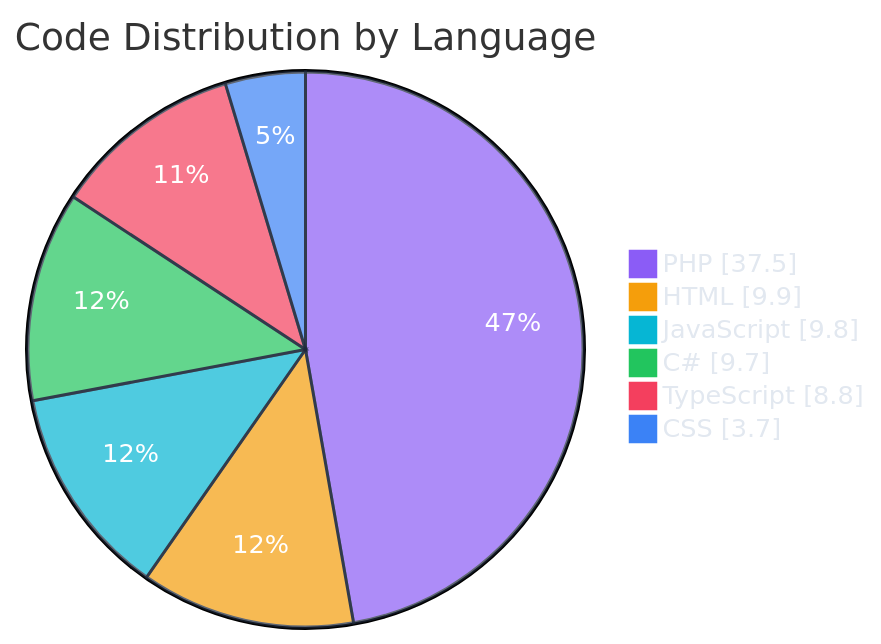
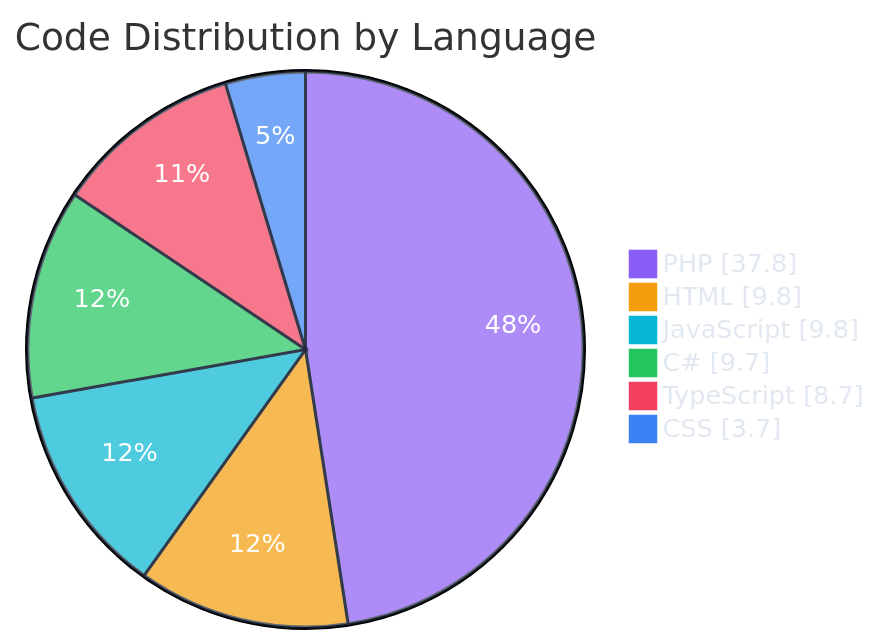
One commit to polo-nyan/polo-nyan changed the second of 7 diagrams in README.md. Above: the diagram before and after it, drawn with Mermaid. The commit also changed other lines of this file and 1 other file, not shown here.

````diff
--- a/README.md
+++ b/README.md
@@ -182,11 +182,11 @@
 ```mermaid
 %%{init: {"theme": "base", "themeVariables": { "pie1": "#8b5cf6", "pie2": "#f59e0b", "pie3": "#06b6d4", "pie4": "#22c55e", "pie5": "#f43f5e", "pie6": "#3b82f6", "pie7": "#ec4899", "pieTextColor": "#ffffff", "pieLegendTextColor": "#e2e8f0", "pieSectionTextColor": "#ffffff", "pieStrokeColor": "#1e293b" }}}%%
 pie showData
     title Code Distribution by Language
-    "PHP" : 37.5
-    "HTML" : 9.9
+    "PHP" : 37.8
+    "HTML" : 9.8
     "JavaScript" : 9.8
     "C#" : 9.7
-    "TypeScript" : 8.8
+    "TypeScript" : 8.7
     "CSS" : 3.7
 ```
````
